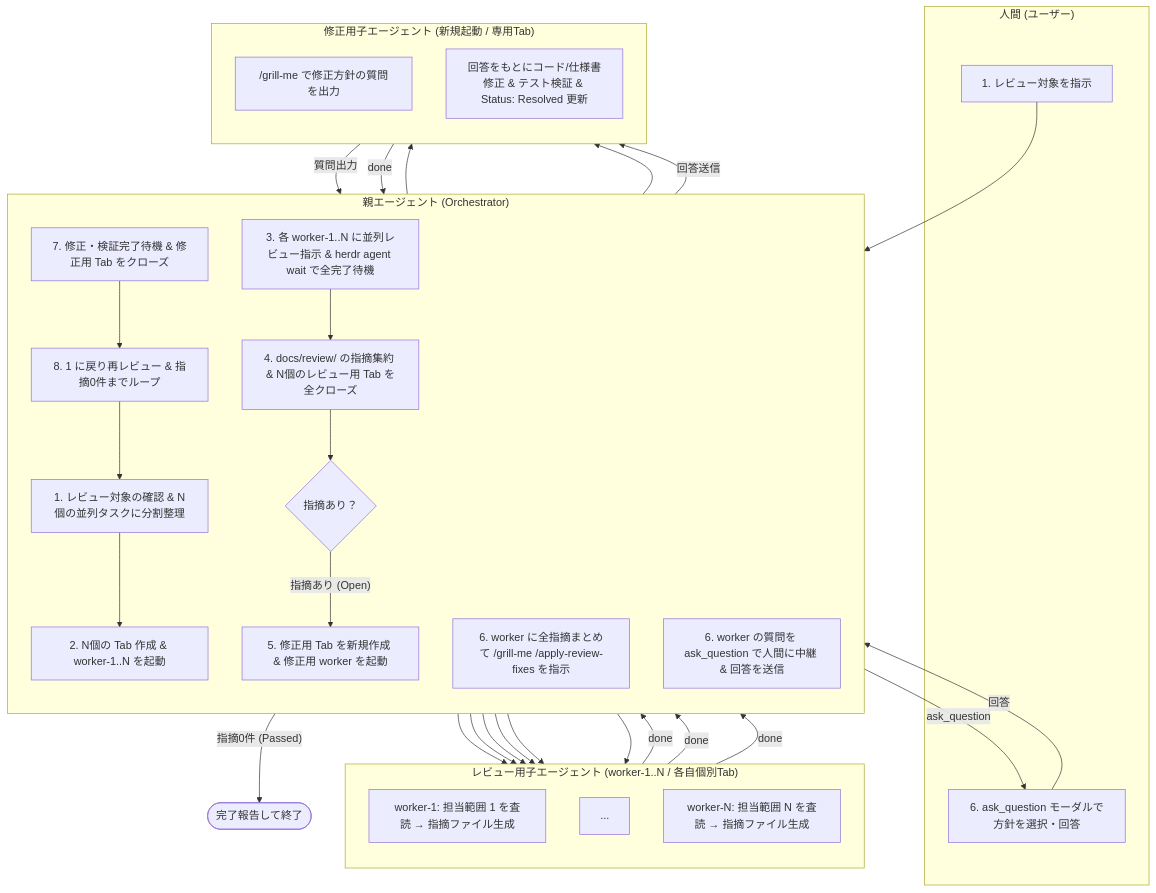
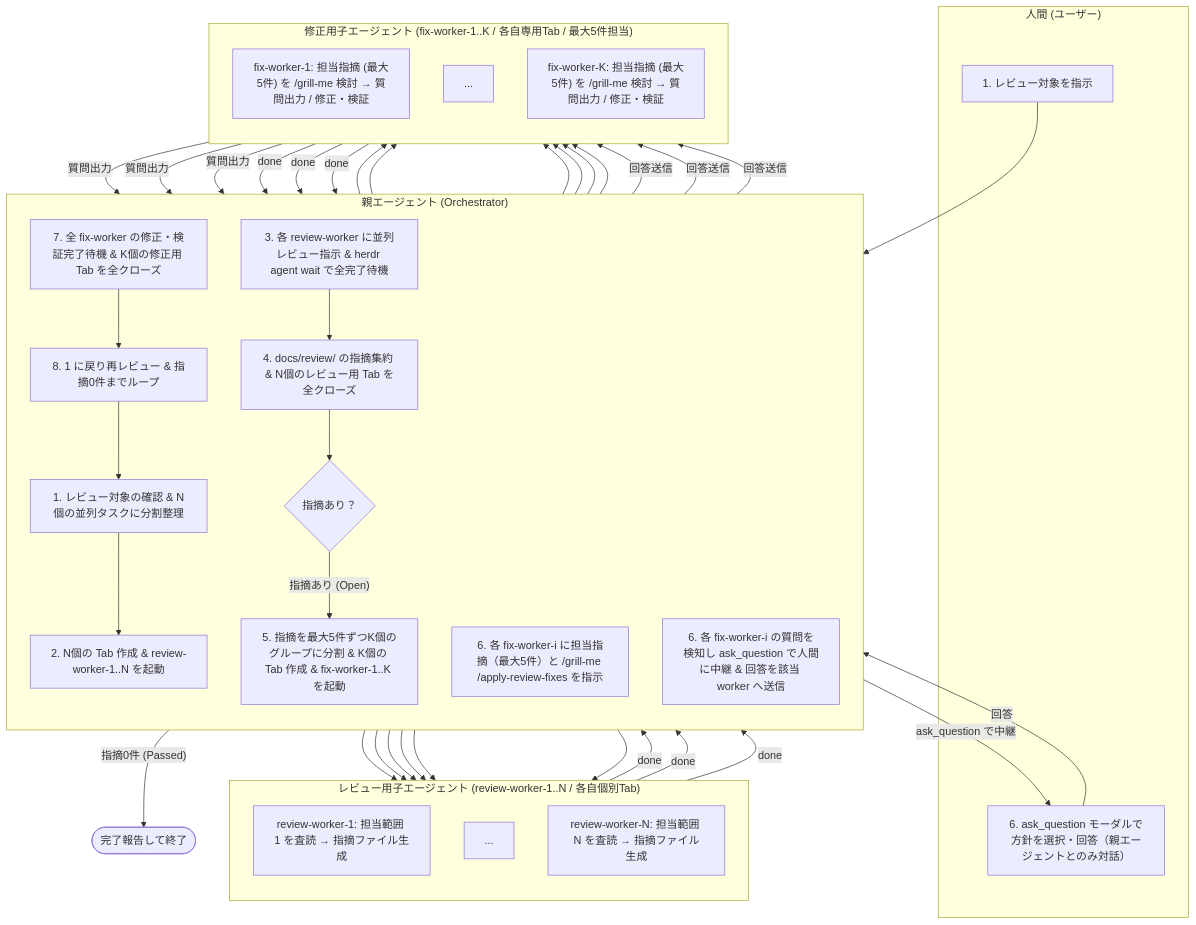
The diagram in .agents/skills/herdr-review-loop/SKILL.md (TUS-TI-dev-team/SyncTask), drawn with Mermaid before and after one commit. The commit also changed other lines of this file and 60 other files, not shown here.

````diff
--- a/.agents/skills/herdr-review-loop/SKILL.md
+++ b/.agents/skills/herdr-review-loop/SKILL.md
@@ -16,53 +16,54 @@
 ```mermaid
 flowchart TD
     subgraph UserInteraction ["人間 (ユーザー)"]
         U1["1. レビュー対象を指示"]
-        U2["6. ask_question モーダルで方針を選択・回答"]
+        U2["6. ask_question モーダルで方針を選択・回答（親エージェントとのみ対話）"]
     end
 
     subgraph Orchestrator ["親エージェント (Orchestrator)"]
         direction TB
         O1["1. レビュー対象の確認 & N個の並列タスクに分割整理"]
-        O2["2. N個の Tab 作成 & worker-1..N を起動"]
-        O3["3. 各 worker-1..N に並列レビュー指示 & herdr agent wait で全完了待機"]
+        O2["2. N個の Tab 作成 & review-worker-1..N を起動"]
+        O3["3. 各 review-worker に並列レビュー指示 & herdr agent wait で全完了待機"]
         O4["4. docs/review/ の指摘集約 & N個のレビュー用 Tab を全クローズ"]
         O5{"指摘あり？"}
-        O6["5. 修正用 Tab を新規作成 & 修正用 worker を起動"]
-        O7["6. worker に全指摘まとめて /grill-me /apply-review-fixes を指示"]
-        O8["6. worker の質問を ask_question で人間に中継 & 回答を送信"]
-        O9["7. 修正・検証完了待機 & 修正用 Tab をクローズ"]
+        O6["5. 指摘を最大5件ずつK個のグループに分割 & K個の Tab 作成 & fix-worker-1..K を起動"]
+        O7["6. 各 fix-worker-i に担当指摘（最大5件）と /grill-me /apply-review-fixes を指示"]
+        O8["6. 各 fix-worker-i の質問を検知し ask_question で人間に中継 & 回答を該当 worker へ送信"]
+        O9["7. 全 fix-worker の修正・検証完了待機 & K個の修正用 Tab を全クローズ"]
         O10["8. 1 に戻り再レビュー & 指摘0件までループ"]
     end
 
-    subgraph ReviewWorkers ["レビュー用子エージェント (worker-1..N / 各自個別Tab)"]
+    subgraph ReviewWorkers ["レビュー用子エージェント (review-worker-1..N / 各自個別Tab)"]
         direction TB
-        RW1["worker-1: 担当範囲 1 を査読 → 指摘ファイル生成"]
+        RW1["review-worker-1: 担当範囲 1 を査読 → 指摘ファイル生成"]
         RW2["..."]
-        RW3["worker-N: 担当範囲 N を査読 → 指摘ファイル生成"]
+        RW3["review-worker-N: 担当範囲 N を査読 → 指摘ファイル生成"]
     end
 
-    subgraph FixWorker ["修正用子エージェント (新規起動 / 専用Tab)"]
+    subgraph FixWorkers ["修正用子エージェント (fix-worker-1..K / 各自専用Tab / 最大5件担当)"]
         direction TB
-        FW1["/grill-me で修正方針の質問を出力"]
-        FW2["回答をもとにコード/仕様書修正 & テスト検証 & Status: Resolved 更新"]
+        FW1["fix-worker-1: 担当指摘 (最大5件) を /grill-me 検討 → 質問出力 / 修正・検証"]
+        FW2["..."]
+        FW3["fix-worker-K: 担当指摘 (最大5件) を /grill-me 検討 → 質問出力 / 修正・検証"]
     end
 
     U1 --> O1
     O1 --> O2
     O2 --> RW1 & RW2 & RW3
     O3 --> RW1 & RW2 & RW3
     RW1 & RW2 & RW3 -- "done" --> O3
     O3 --> O4
     O4 --> O5
     O5 -- "指摘0件 (Passed)" --> End(["完了報告して終了"])
     O5 -- "指摘あり (Open)" --> O6
-    O6 --> FW1
-    O7 --> FW1
-    FW1 -- "質問出力" --> O8
-    O8 -- "ask_question" --> U2
+    O6 --> FW1 & FW2 & FW3
+    O7 --> FW1 & FW2 & FW3
+    FW1 & FW2 & FW3 -- "質問出力" --> O8
+    O8 -- "ask_question で中継" --> U2
     U2 -- "回答" --> O8
-    O8 -- "回答送信" --> FW2
-    FW2 -- "done" --> O9
+    O8 -- "回答送信" --> FW1 & FW2 & FW3
+    FW1 & FW2 & FW3 -- "done" --> O9
     O9 --> O10
     O10 --> O1
 ```
````
